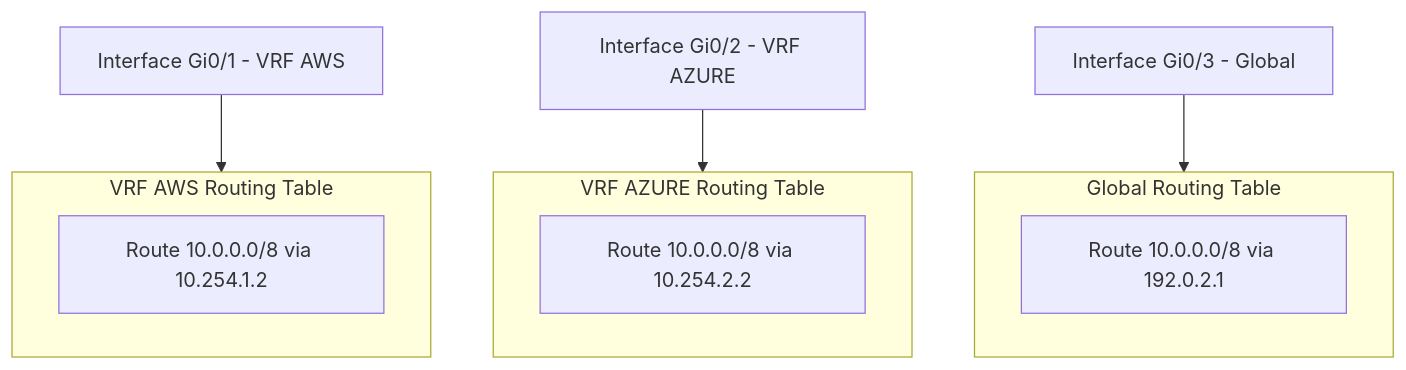
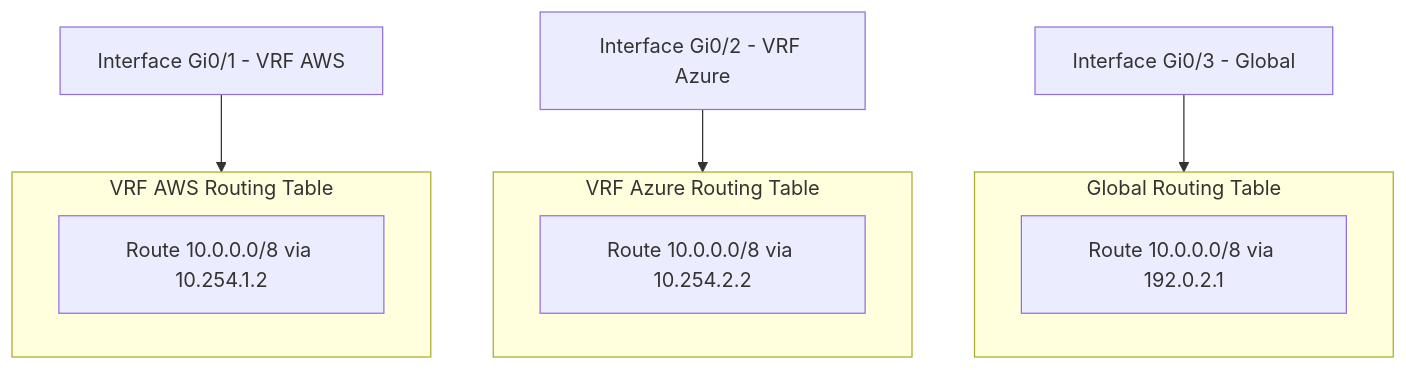
One commit to neil-booker-cko/docs changed the diagram in docs/theory/vrf.md. Above: the diagram before and after it, drawn with Mermaid. The commit also changed 6 other files, not shown here.

````diff
--- a/docs/theory/vrf.md
+++ b/docs/theory/vrf.md
@@ -30,15 +30,15 @@
 ```mermaid
 graph TD
     subgraph Global["Global Routing Table"]
         R1["Route 10.0.0.0/8 via 192.0.2.1"]
     end
     subgraph VRF_AWS["VRF AWS Routing Table"]
         R2["Route 10.0.0.0/8 via 10.254.1.2"]
     end
-    subgraph VRF_AZURE["VRF AZURE Routing Table"]
+    subgraph VRF_AZURE["VRF Azure Routing Table"]
         R3["Route 10.0.0.0/8 via 10.254.2.2"]
     end
     I1["Interface Gi0/1 - VRF AWS"] --> VRF_AWS
-    I2["Interface Gi0/2 - VRF AZURE"] --> VRF_AZURE
+    I2["Interface Gi0/2 - VRF Azure"] --> VRF_AZURE
     I3["Interface Gi0/3 - Global"] --> Global
 ```
````
